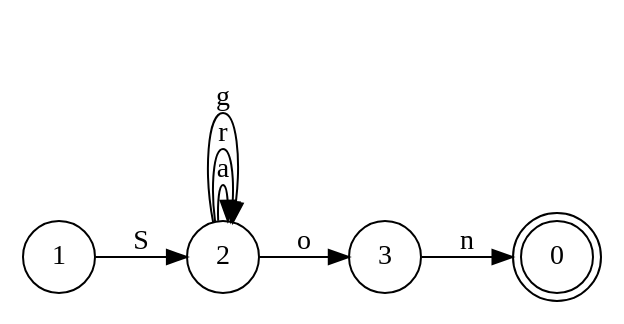
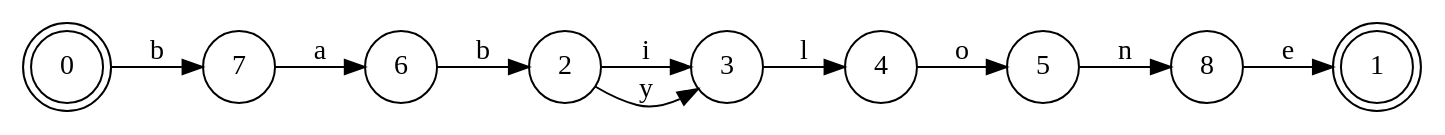
Before and after one commit to marouanosb/Gutenberg-text-search: the diagram in outputs/min_dfa.dot, drawn with Graphviz. The commit also changed 7 other files, not shown here.

```diff
--- a/outputs/min_dfa.dot
+++ b/outputs/min_dfa.dot
@@ -1,14 +1,22 @@
 digraph DFA {
   rankdir=LR;
   node [shape=circle];
   0 [shape=doublecircle];
-  1 [shape=circle];
-  1 -> 2 [label="S"];
+  0 -> 7 [label="b"];
+  1 [shape=doublecircle];
   2 [shape=circle];
-  2 -> 2 [label="a"];
-  2 -> 2 [label="r"];
-  2 -> 2 [label="g"];
-  2 -> 3 [label="o"];
+  2 -> 3 [label="i"];
+  2 -> 3 [label="y"];
   3 [shape=circle];
-  3 -> 0 [label="n"];
+  3 -> 4 [label="l"];
+  4 [shape=circle];
+  4 -> 5 [label="o"];
+  5 [shape=circle];
+  5 -> 8 [label="n"];
+  6 [shape=circle];
+  6 -> 2 [label="b"];
+  7 [shape=circle];
+  7 -> 6 [label="a"];
+  8 [shape=circle];
+  8 -> 1 [label="e"];
 }
```
